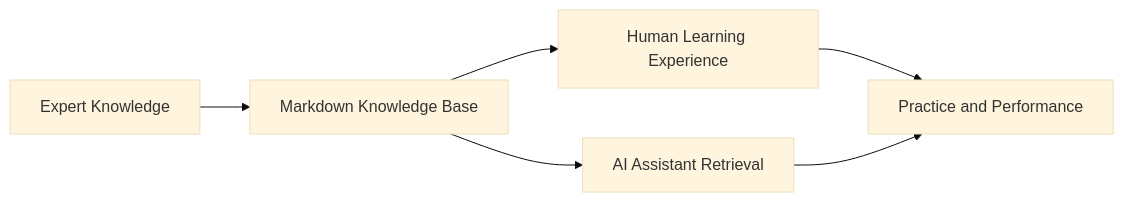
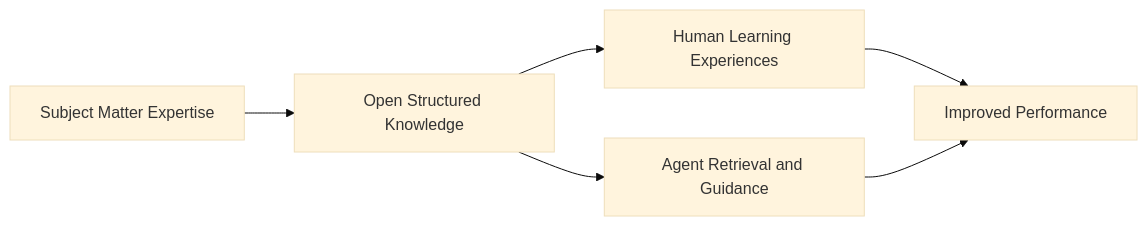
The diagram in content/posts/future-ready-learning-content/index.md (bilarikan/bilarikan.github.io), drawn with Mermaid (base theme) before and after one commit. The commit also changed other lines of this file and 2 other files, not shown here.

Commit message:
Updated AGENT.MD and rewritten posts

```diff
--- a/content/posts/future-ready-learning-content/index.md
+++ b/content/posts/future-ready-learning-content/index.md
@@ -52,8 +56,8 @@
 {{< mermaid >}}
 flowchart LR
-  A[Expert Knowledge] --> B[Markdown Knowledge Base]
-  B --> C[Human Learning Experience]
-  B --> D[AI Assistant Retrieval]
-  C --> E[Practice and Performance]
+  A[Subject Matter Expertise] --> B[Open Structured Knowledge]
+  B --> C[Human Learning Experiences]
+  B --> D[Agent Retrieval and Guidance]
+  C --> E[Improved Performance]
   D --> E
 {{< /mermaid >}}
```
